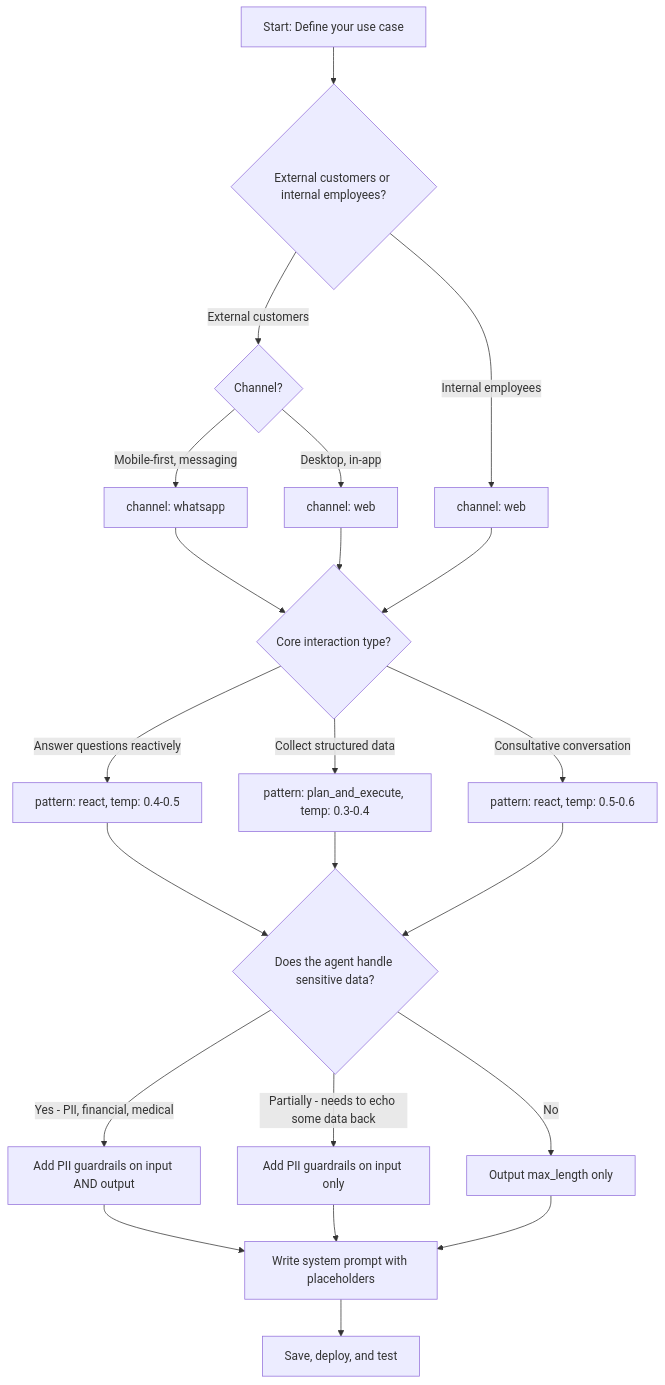
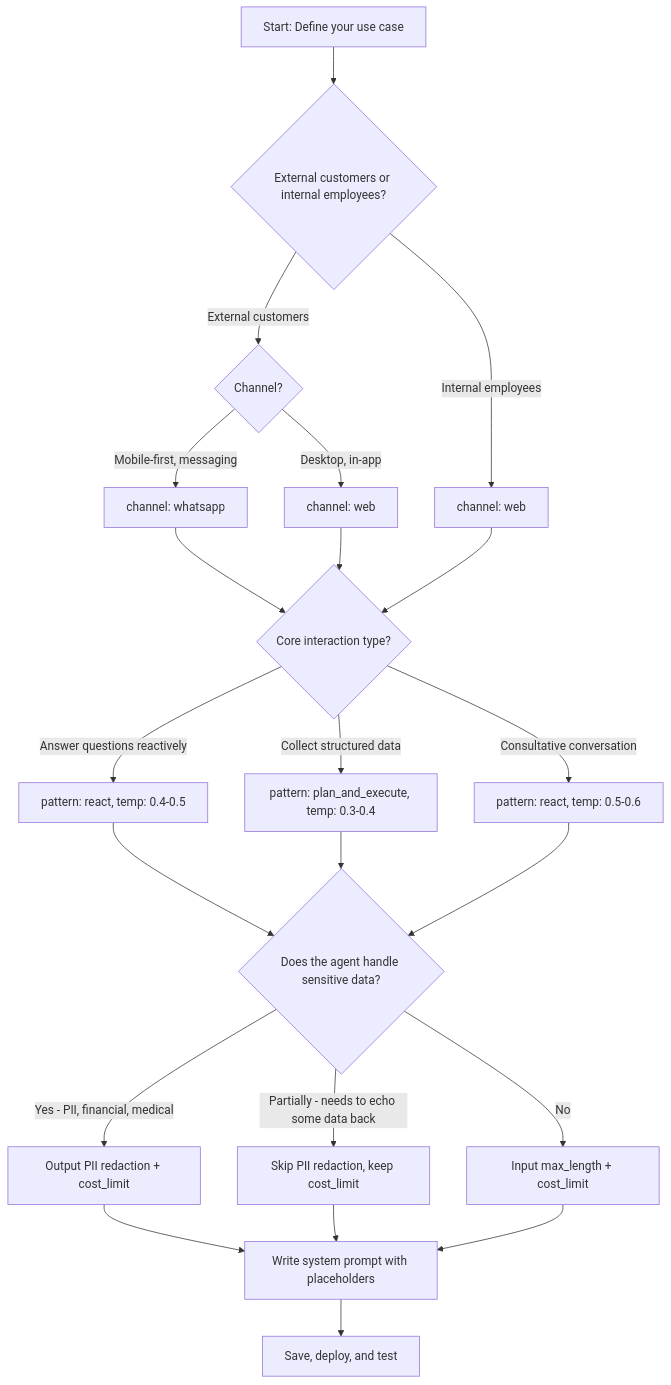
The third of 3 diagrams in docs/templates-guide.md (monaccode/astromesh-leia), drawn with Mermaid before and after one commit. The commit also changed other lines of this file and 14 other files, not shown here.

First line of the commit message:
feat(knowledge): guardrails aplicados en core 0.70.0 — architect, schemas, templates y docs

````diff
--- a/docs/templates-guide.md
+++ b/docs/templates-guide.md
@@ -1640,24 +1623,24 @@
 ```mermaid
 flowchart TD
     A[Start: Define your use case] --> B{External customers or internal employees?}
     B -->|External customers| C{Channel?}
     B -->|Internal employees| D[channel: web]
     C -->|Mobile-first, messaging| E[channel: whatsapp]
     C -->|Desktop, in-app| F[channel: web]
     E --> G{Core interaction type?}
     F --> G
     D --> G
     G -->|Answer questions reactively| H[pattern: react, temp: 0.4-0.5]
     G -->|Collect structured data| I[pattern: plan_and_execute, temp: 0.3-0.4]
     G -->|Consultative conversation| J[pattern: react, temp: 0.5-0.6]
     H --> K{Does the agent handle sensitive data?}
     I --> K
     J --> K
-    K -->|Yes - PII, financial, medical| L[Add PII guardrails on input AND output]
-    K -->|Partially - needs to echo some data back| M[Add PII guardrails on input only]
-    K -->|No| N[Output max_length only]
+    K -->|Yes - PII, financial, medical| L[Output PII redaction + cost_limit]
+    K -->|Partially - needs to echo some data back| M[Skip PII redaction, keep cost_limit]
+    K -->|No| N[Input max_length + cost_limit]
     L --> O[Write system prompt with placeholders]
     M --> O
     N --> O
     O --> P[Save, deploy, and test]
 ```
````
